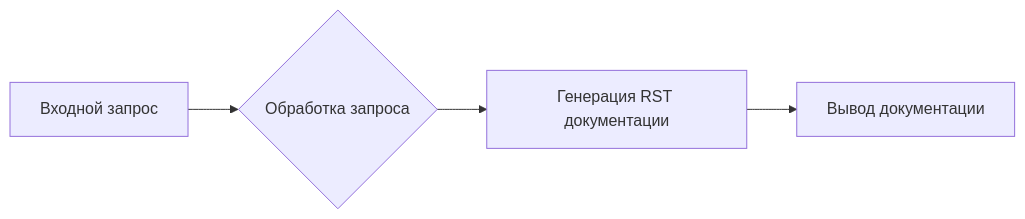
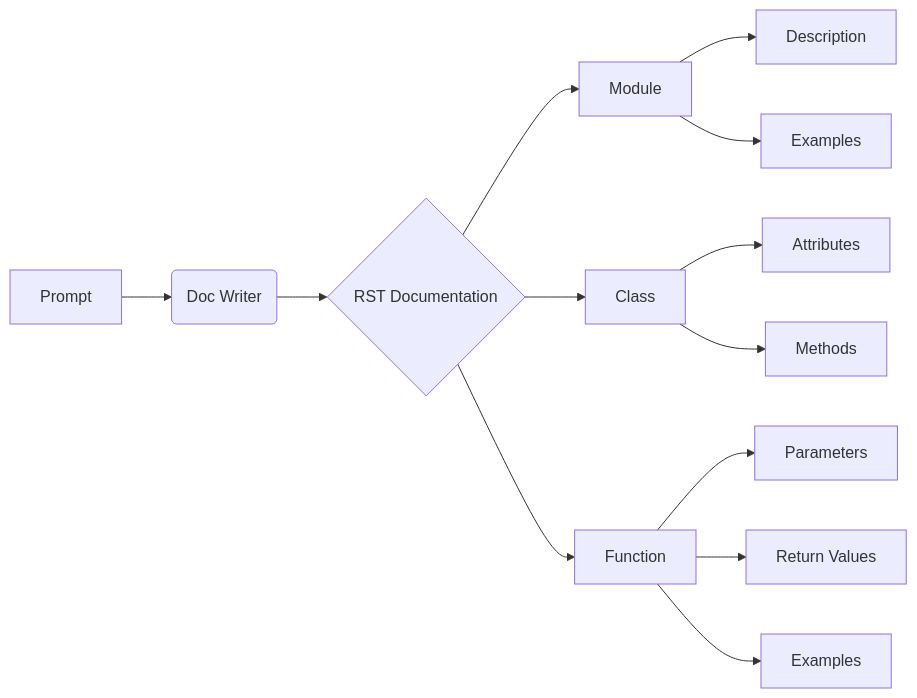
One commit to hypo69/hypo changed the diagram in docs/gemini/ru/explainer/src/ai/prompts/developer/doc_writer_rst_ru.md. Above: the diagram before and after it, drawn with Mermaid. The commit also changed other lines of this file and 632 other files, not shown here.

````diff
--- a/docs/gemini/ru/explainer/src/ai/prompts/developer/doc_writer_rst_ru.md
+++ b/docs/gemini/ru/explainer/src/ai/prompts/developer/doc_writer_rst_ru.md
@@ -7,6 +13,15 @@
 ```mermaid
 graph LR
-    A[Входной запрос] --> B{Обработка запроса};
-    B --> C[Генерация RST документации];
-    C --> D[Вывод документации];
+    A[Prompt] --> B(Doc Writer);
+    B --> C{RST Documentation};
+    C --> D[Module];
+    C --> E[Class];
+    C --> F[Function];
+    D --> G[Description];
+    D --> H[Examples];
+    E --> I[Attributes];
+    E --> J[Methods];
+    F --> K[Parameters];
+    F --> L[Return Values];
+    F --> M[Examples];
 ```
````
